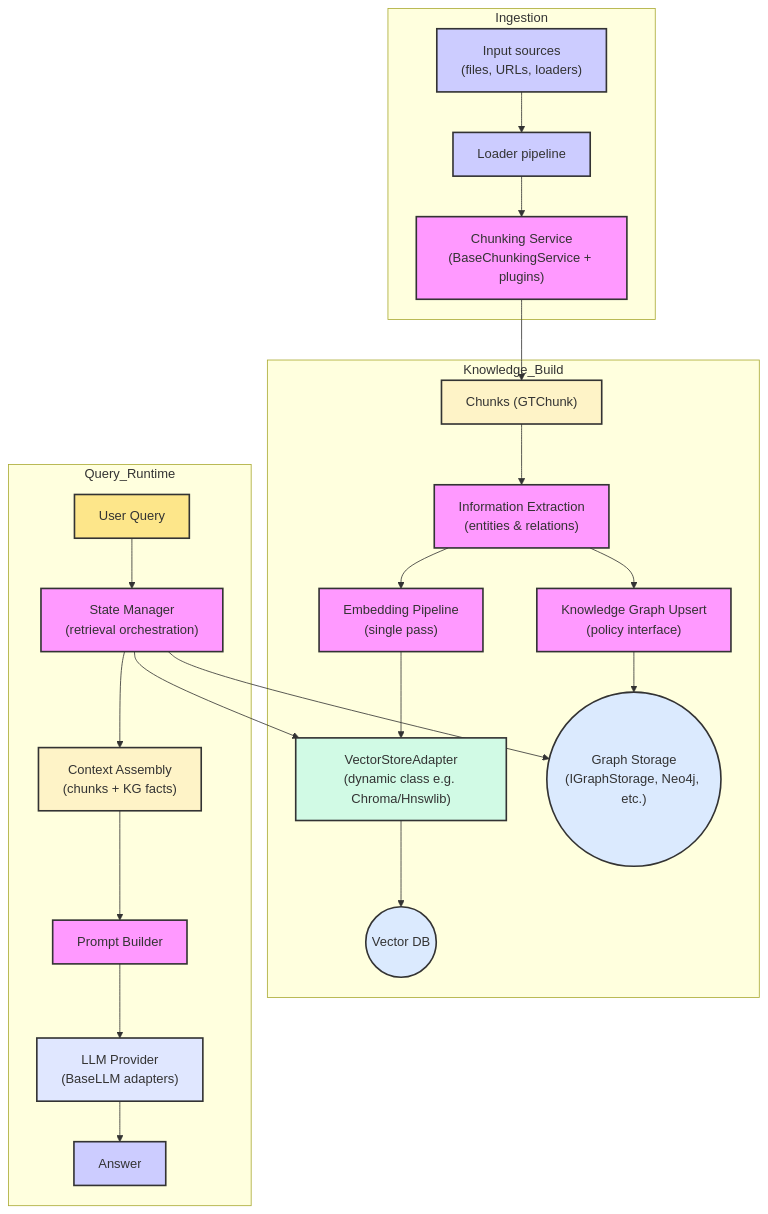
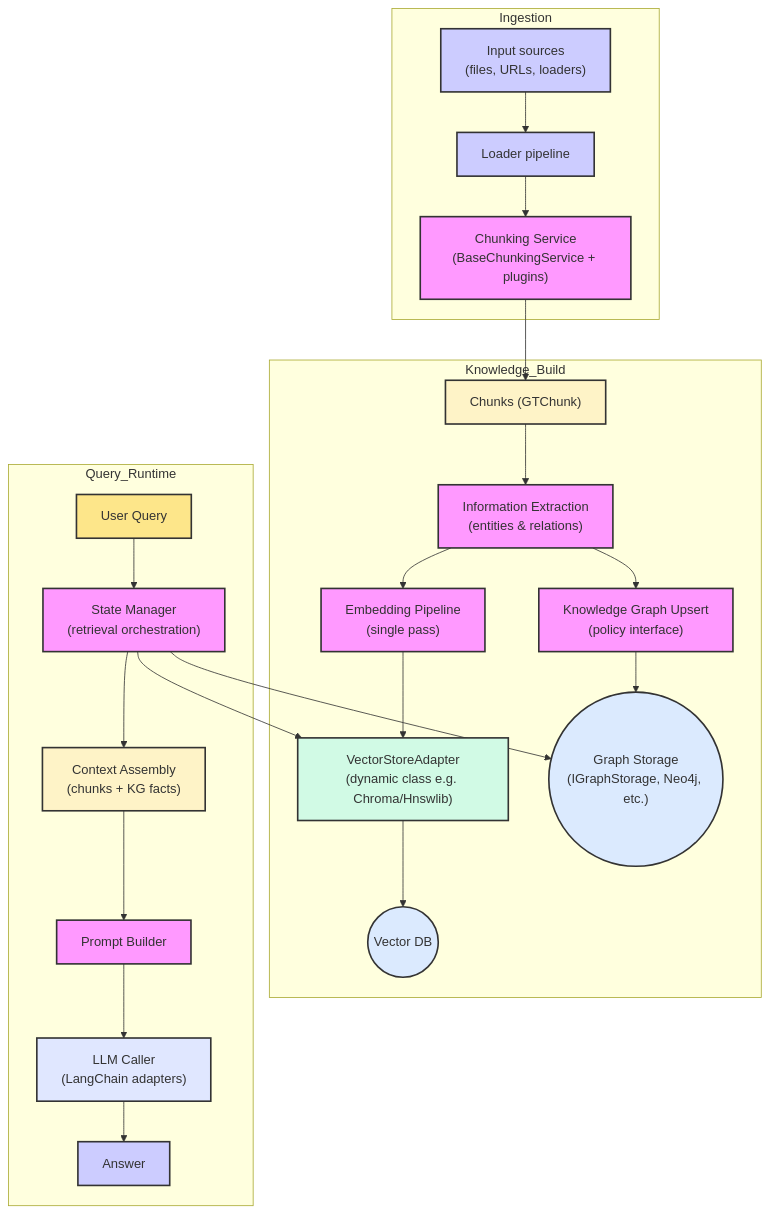
One commit to nsasto/RAGdoll changed the diagram in README.md. Above: the diagram before and after it, drawn with Mermaid. The commit also changed other lines of this file and 3 other files, not shown here.

````diff
--- a/README.md
+++ b/README.md
@@ -132,47 +132,47 @@
 ```mermaid
 graph TD
     %% Ingestion + Chunking
     subgraph Ingestion
         A["Input sources<br/>(files, URLs, loaders)"] --> B["Loader pipeline"]
         B --> C["Chunking Service<br/>(BaseChunkingService + plugins)"]
     end
     C --> D["Chunks (GTChunk)"]
 
     %% Knowledge Construction
     subgraph Knowledge_Build
         D --> E["Information Extraction<br/>(entities & relations)"]
         E --> F["Knowledge Graph Upsert<br/>(policy interface)"]
         E --> G["Embedding Pipeline<br/>(single pass)"]
         G --> H["VectorStoreAdapter<br/>(dynamic class e.g. Chroma/Hnswlib)"]
         F --> I(("Graph Storage<br/>(IGraphStorage, Neo4j, etc.)"))
         H --> J(("Vector DB"))
     end
 
     %% Query + Reasoning
     subgraph Query_Runtime
         Q["User Query"] --> R["State Manager<br/>(retrieval orchestration)"]
         R --> H
         R --> I
         R --> S["Context Assembly<br/>(chunks + KG facts)"]
         S --> T["Prompt Builder"]
-        T --> U["LLM Provider<br/>(BaseLLM adapters)"]
+        T --> U["LLM Caller<br/>(LangChain adapters)"]
         U --> V["Answer"]
     end
 
     style A fill:#ccf,stroke:#333,stroke-width:2px
     style B fill:#ccf,stroke:#333,stroke-width:2px
     style C fill:#f9f,stroke:#333,stroke-width:2px
     style D fill:#fef3c7,stroke:#333,stroke-width:2px
     style E fill:#f9f,stroke:#333,stroke-width:2px
     style F fill:#f9f,stroke:#333,stroke-width:2px
     style G fill:#f9f,stroke:#333,stroke-width:2px
     style H fill:#d1fae5,stroke:#333,stroke-width:2px
     style I fill:#dbeafe,stroke:#333,stroke-width:2px
     style J fill:#dbeafe,stroke:#333,stroke-width:2px
     style Q fill:#fde68a,stroke:#333,stroke-width:2px
     style R fill:#f9f,stroke:#333,stroke-width:2px
     style S fill:#fef3c7,stroke:#333,stroke-width:2px
     style T fill:#f9f,stroke:#333,stroke-width:2px
     style U fill:#e0e7ff,stroke:#333,stroke-width:2px
     style V fill:#ccf,stroke:#333,stroke-width:2px
 ```
````
